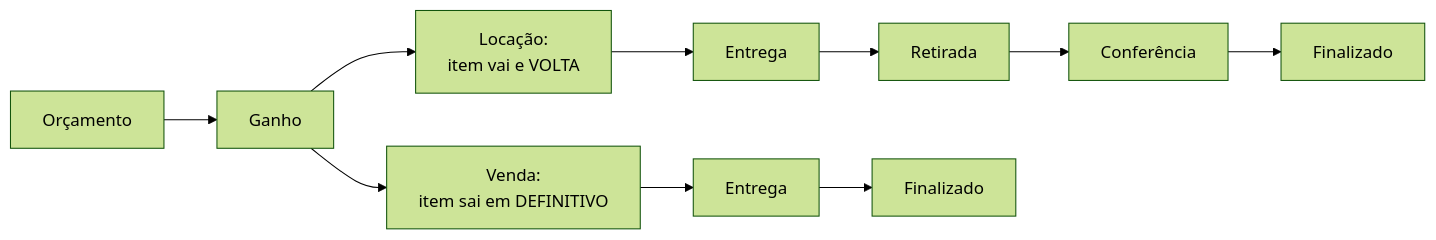
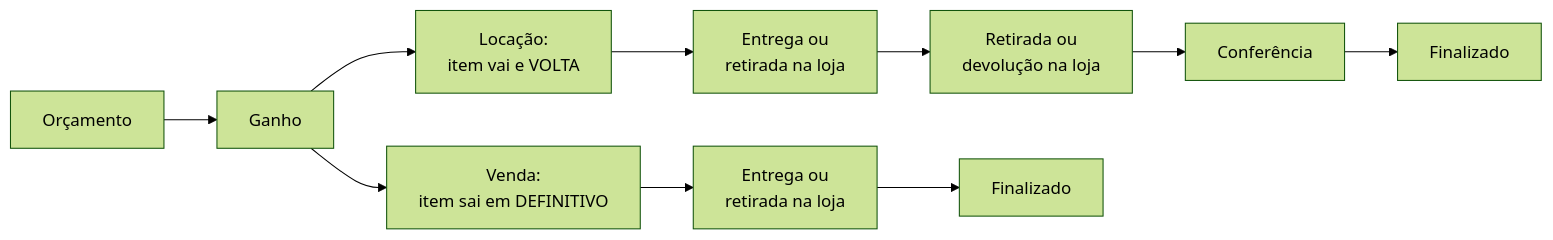
The diagram in conceitos/locacao-e-venda.md (LocFlowTeam/locflow-docs), drawn with Mermaid (forest theme) before and after one commit. The commit also changed other lines of this file and 18 other files, not shown here.

````diff
--- a/conceitos/locacao-e-venda.md
+++ b/conceitos/locacao-e-venda.md
@@ -16,8 +20,8 @@
 ```mermaid
 flowchart LR
     O[Orçamento] --> G[Ganho]
     G --> LOC[Locação:<br/>item vai e VOLTA]
     G --> VEN[Venda:<br/>item sai em DEFINITIVO]
-    LOC --> ENT1[Entrega] --> RET[Retirada] --> CONF[Conferência] --> FIM1[Finalizado]
-    VEN --> ENT2[Entrega] --> FIM2[Finalizado]
+    LOC --> ENT1[Entrega ou<br/>retirada na loja] --> RET[Retirada ou<br/>devolução na loja] --> CONF[Conferência] --> FIM1[Finalizado]
+    VEN --> ENT2[Entrega ou<br/>retirada na loja] --> FIM2[Finalizado]
 ```
````
